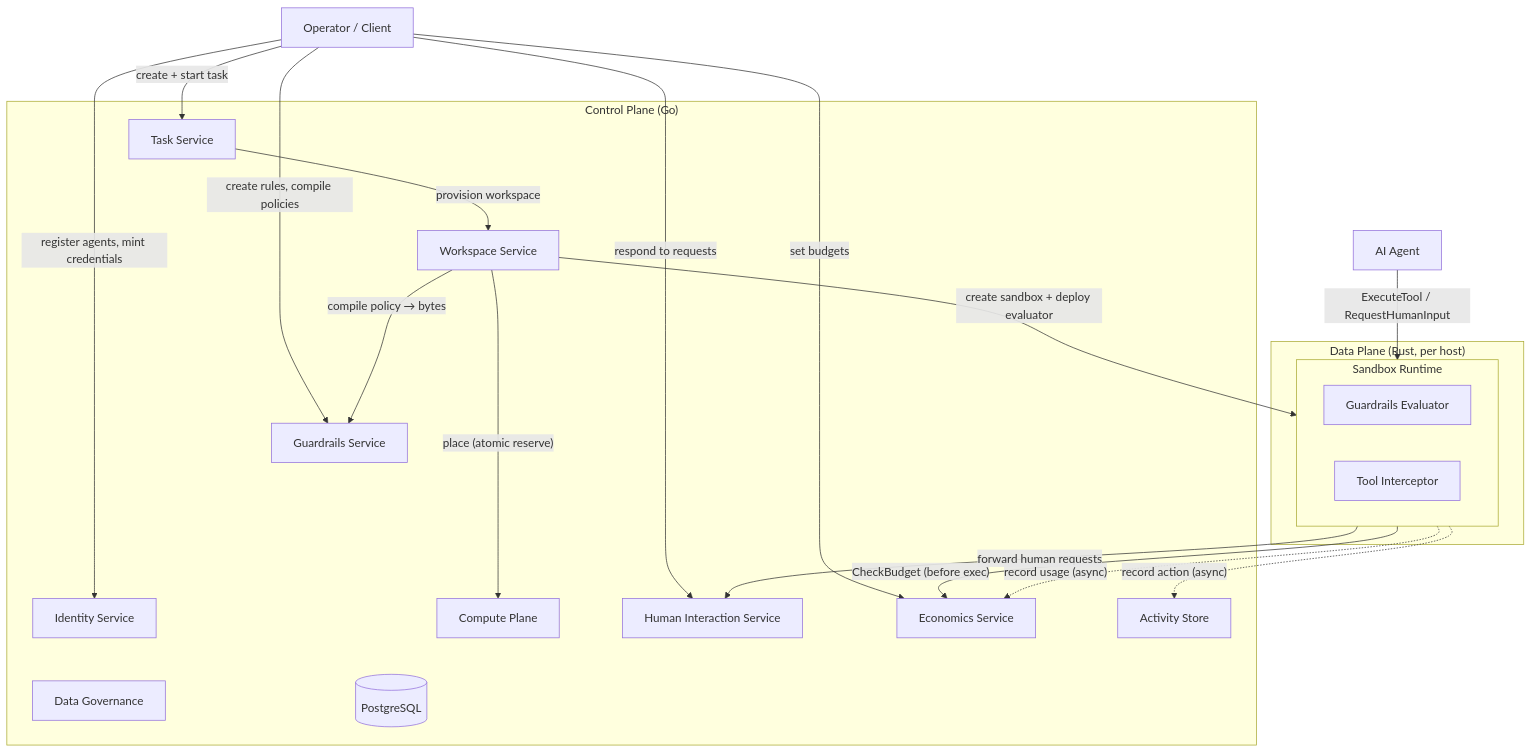
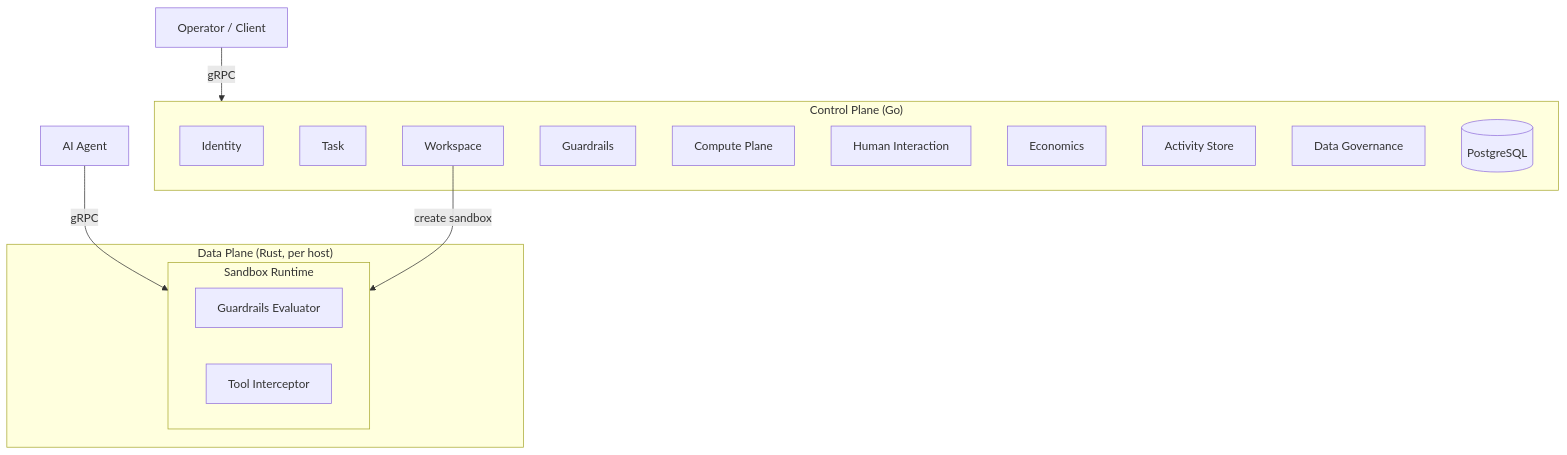
One commit to Baselyne-Systems/agent-sandbox-platform changed the first of 4 diagrams in README.md. Above: the diagram before and after it, drawn with Mermaid. The commit also changed other lines of this file, not shown here.

Commit message:
Simplify architecture diagram, add flow descriptions
Split into a clean high-level component diagram (just shows control
plane, data plane, and entry points) and detailed flow diagrams with
prose explaining which services participate and how data moves.

````diff
--- a/README.md
+++ b/README.md
@@ -18,49 +18,29 @@
 ```mermaid
 graph TB
     Operator["Operator / Client"]
     Agent["AI Agent"]
 
     subgraph CP["Control Plane (Go)"]
-        Identity["Identity Service"]
-        Task["Task Service"]
-        Workspace["Workspace Service"]
-        Guardrails["Guardrails Service"]
+        Identity["Identity"]
+        Task["Task"]
+        Workspace["Workspace"]
+        Guardrails["Guardrails"]
         Compute["Compute Plane"]
-        Human["Human Interaction Service"]
-        Economics["Economics Service"]
+        Human["Human Interaction"]
+        Economics["Economics"]
         Activity["Activity Store"]
         Governance["Data Governance"]
         PG[("PostgreSQL")]
     end
 
     subgraph DP["Data Plane (Rust, per host)"]
         subgraph Sandbox["Sandbox Runtime"]
             Evaluator["Guardrails Evaluator"]
             Interceptor["Tool Interceptor"]
         end
     end
 
-    %% Operator management (setup)
-    Operator -->|"register agents, mint credentials"| Identity
-    Operator -->|"create rules, compile policies"| Guardrails
-    Operator -->|"set budgets"| Economics
-    Operator -->|"respond to requests"| Human
-
-    %% Orchestration chain (task start)
-    Operator -->|"create + start task"| Task
-    Task -->|"provision workspace"| Workspace
-    Workspace -->|"place (atomic reserve)"| Compute
-    Workspace -->|"compile policy → bytes"| Guardrails
-    Workspace -->|"create sandbox + deploy evaluator"| Sandbox
-
-    %% Agent hot path (every tool call)
-    Agent -->|"ExecuteTool / RequestHumanInput"| Sandbox
-    Sandbox -->|"CheckBudget (before exec)"| Economics
-    Sandbox -->|"forward human requests"| Human
-    Sandbox -.->|"record action (async)"| Activity
-    Sandbox -.->|"record usage (async)"| Economics
-
-    %% Shared persistence
-    Identity & Task & Workspace & Guardrails & Compute ~~~ PG
-    Human & Economics & Activity ~~~ PG
+    Operator -->|gRPC| CP
+    Agent -->|gRPC| Sandbox
+    Workspace -->|"create sandbox"| Sandbox
 ```
````
